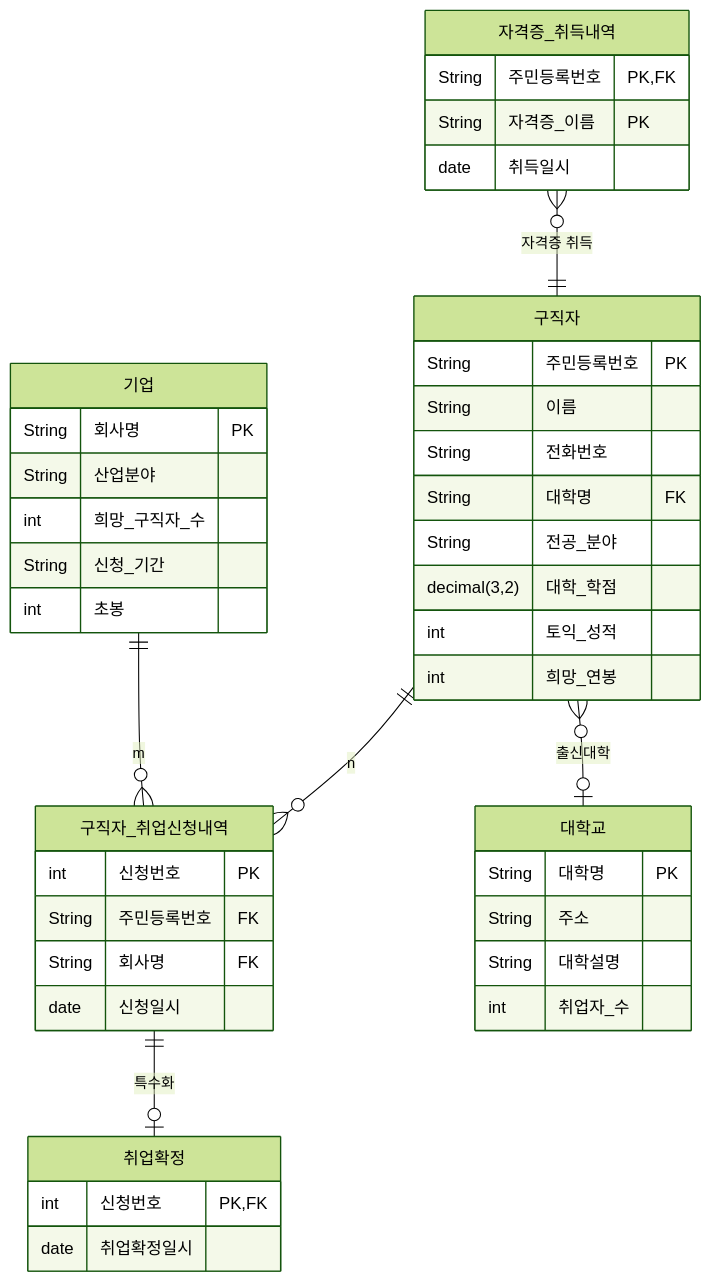
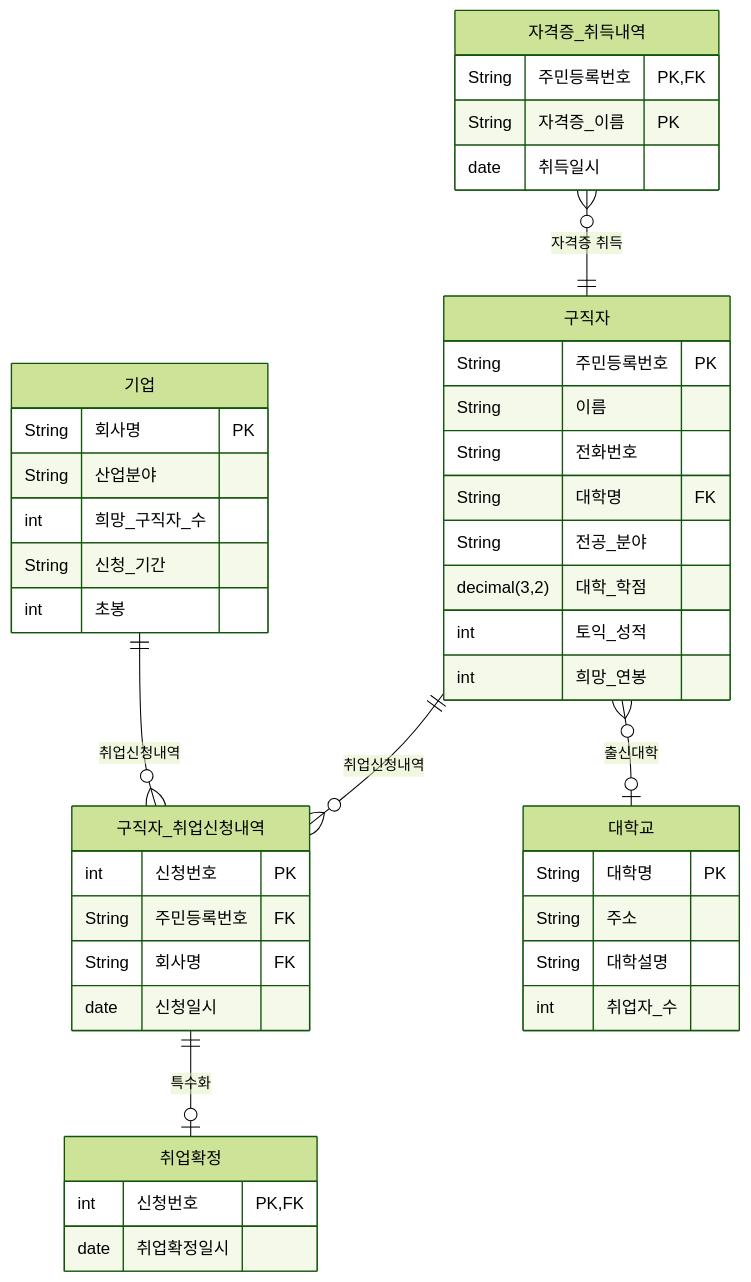
One commit to zerojun040329-eng/test-260401 changed the first of 2 diagrams in README.md. Above: the diagram before and after it, drawn with Mermaid (forest theme). The commit also changed other lines of this file, not shown here.

````diff
--- a/README.md
+++ b/README.md
@@ -8,48 +8,48 @@
 ```mermaid
 erDiagram
   기업 {
     String 회사명 PK
     String 산업분야
     int 희망_구직자_수 
     String 신청_기간
     int 초봉
   }
   구직자 {
     String 주민등록번호 PK
     String 이름
     String 전화번호
     String 대학명 FK
     String 전공_분야
     decimal(3,2) 대학_학점
     int 토익_성적
     int 희망_연봉
   }
   자격증_취득내역 {
     String 주민등록번호 PK, FK
     String 자격증_이름 PK
     date 취득일시
   }
   구직자_취업신청내역 {
     int 신청번호 PK
     String 주민등록번호 FK
     String 회사명 FK
     date 신청일시
   }
   취업확정 {
     int 신청번호 PK, FK
     date 취업확정일시
   }
   대학교 {
     String 대학명 PK
     String 주소
     String 대학설명
     int 취업자_수  
   }
 
-  구직자 ||--o{ 구직자_취업신청내역 : "n"
-  기업 ||--o{ 구직자_취업신청내역 : "m"
+  구직자 ||--o{ 구직자_취업신청내역 : "취업신청내역"
+  기업 ||--o{ 구직자_취업신청내역 : "취업신청내역"
   자격증_취득내역 o{--|| 구직자 : "자격증 취득"
   구직자 o{--o| 대학교 : "출신대학"
   구직자_취업신청내역 ||--o| 취업확정 : "특수화"
   
 ```
````
